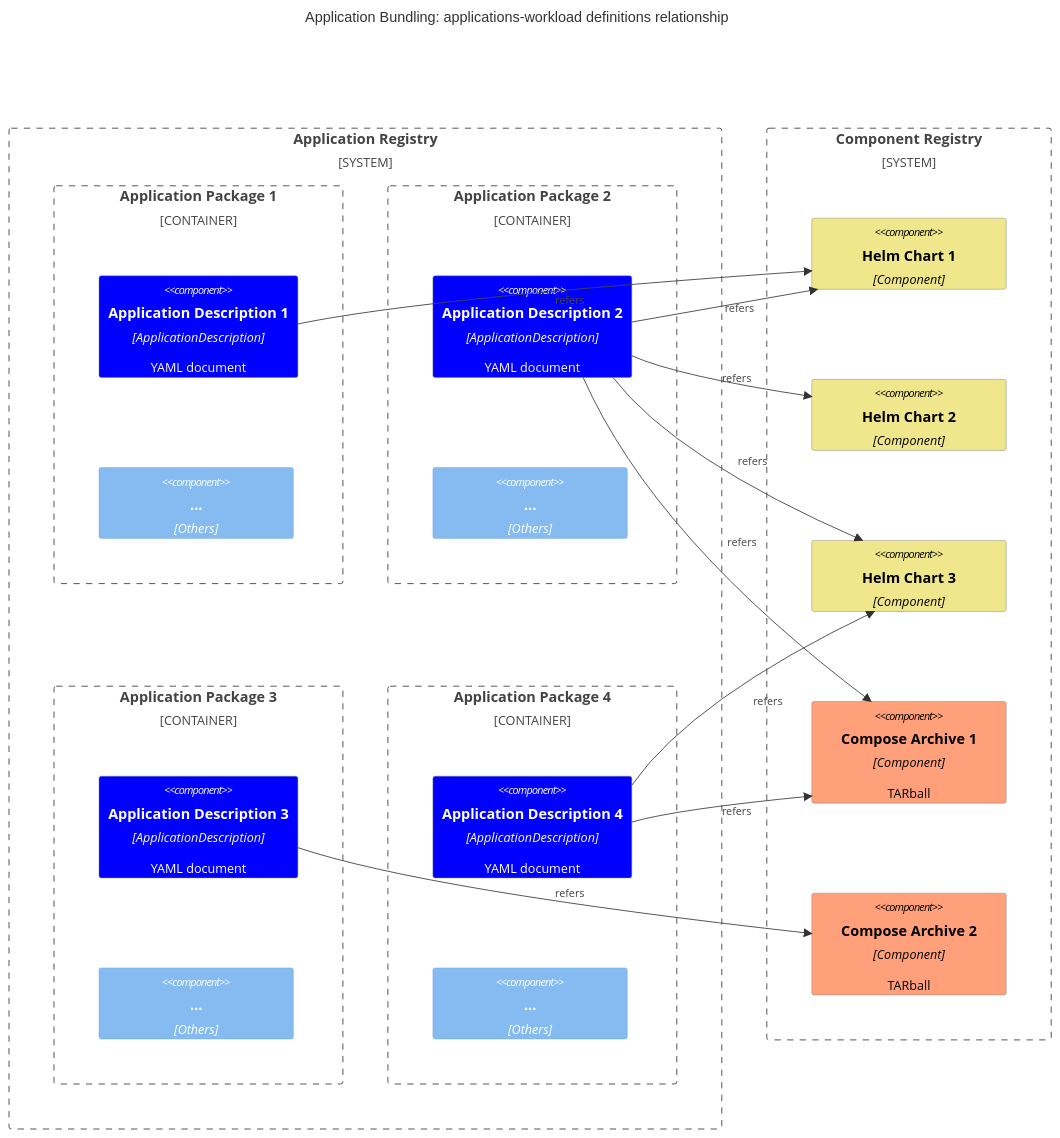
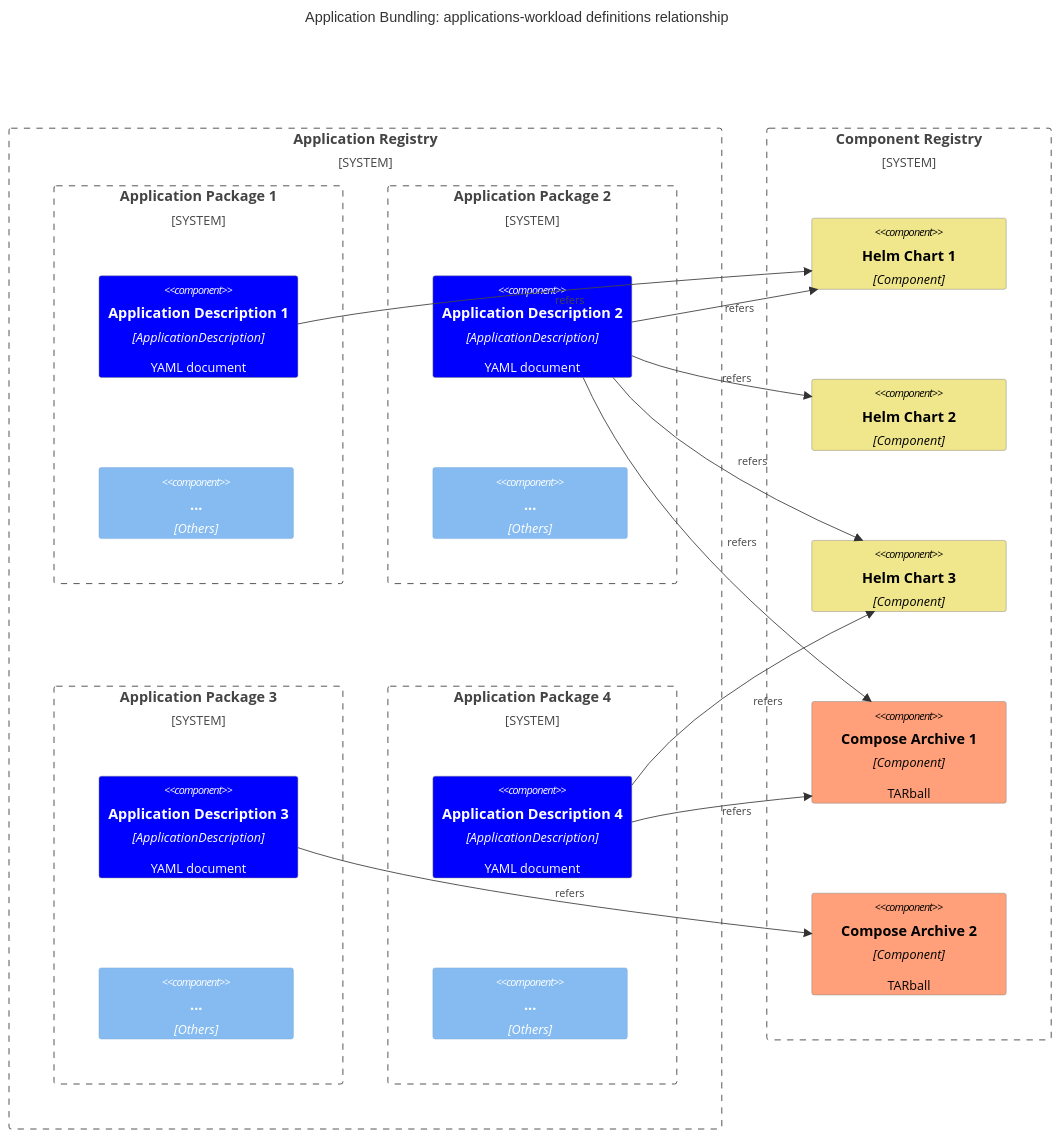
Before and after one commit to margo/specification: the second of 10 diagrams in system-design/margo-overview/software-composition.md, drawn with Mermaid. The commit also changed other lines of this file, not shown here.

Commit message:
style: avoid ambiguity of working container

````diff
--- a/system-design/margo-overview/software-composition.md
+++ b/system-design/margo-overview/software-composition.md
@@ -65,56 +65,56 @@
 ```mermaid
 C4Component
     title Application Bundling: applications-workload definitions relationship
 
     System_Boundary(ar, "Application Registry") {
-        Container_Boundary(ab2, "Application Package 1") {
+        System_Boundary(ab2, "Application Package 1") {
             Component(atb2, "Application Description 1", "ApplicationDescription", "YAML document")
             Component(o2, "...", "Others")
         }
 
-        Container_Boundary(ab1, "Application Package 2") {
+        System_Boundary(ab1, "Application Package 2") {
             Component(atb1, "Application Description 2", "ApplicationDescription", "YAML document")
             Component(o1, "...", "Others")
         }
         
-        Container_Boundary(ab4, "Application Package 3") {
+        System_Boundary(ab4, "Application Package 3") {
             Component(atb4, "Application Description 3", "ApplicationDescription", "YAML document")
             Component(o4, "...", "Others")
         }
 
-        Container_Boundary(ab3, "Application Package 4") {
+        System_Boundary(ab3, "Application Package 4") {
             Component(atb3, "Application Description 4", "ApplicationDescription", "YAML document")
             Component(o3, "...", "Others")
         }
     }
 
     System_Boundary(crr, "Component Registry") {
         Component(hc1, "Helm Chart 1", "Component")
         Component(hc2, "Helm Chart 2", "Component")
         Component(hc3, "Helm Chart 3", "Component")
         Component(cc1, "Compose Archive 1", "Component", "TARball")
         Component(cc2, "Compose Archive 2", "Component", "TARball")
     }
 
     Rel(atb1, hc1, "refers")
     Rel(atb1, hc2, "refers")
     Rel(atb1, cc1, "refers")
 
     Rel(atb2, hc1, "refers")
     Rel(atb1, hc3, "refers")
 
     Rel(atb3, hc3, "refers")
     Rel(atb3, cc1, "refers")
 
     Rel(atb4, cc2, "refers")
 
     UpdateElementStyle(atb1, $fontColor="white", $bgColor="blue", $borderColor="grey")
     UpdateElementStyle(atb2, $fontColor="white", $bgColor="blue", $borderColor="grey")
     UpdateElementStyle(atb3, $fontColor="white", $bgColor="blue", $borderColor="grey")
     UpdateElementStyle(atb4, $fontColor="white", $bgColor="blue", $borderColor="grey")
     UpdateElementStyle(hc1, $fontColor="black", $bgColor="khaki", $borderColor="grey")
     UpdateElementStyle(hc2, $fontColor="black", $bgColor="khaki", $borderColor="grey")
     UpdateElementStyle(hc3, $fontColor="black", $bgColor="khaki", $borderColor="grey")
     UpdateElementStyle(cc1, $fontColor="black", $bgColor="lightsalmon", $borderColor="grey")
     UpdateElementStyle(cc2, $fontColor="black", $bgColor="lightsalmon", $borderColor="grey")
 ```
````
